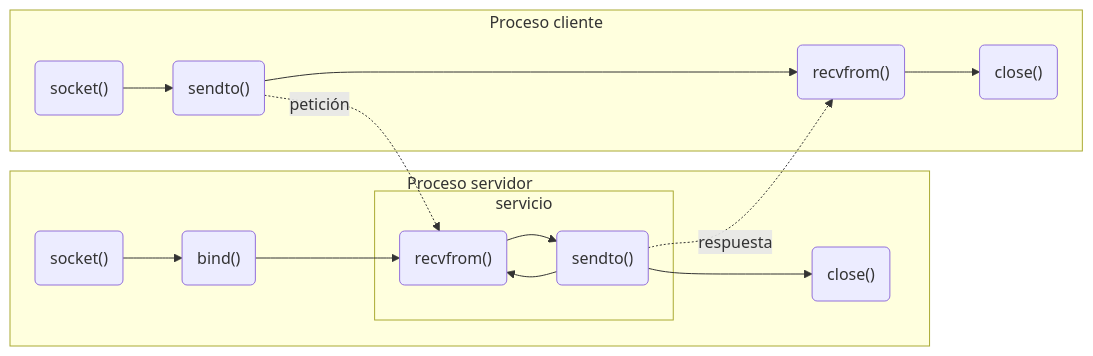
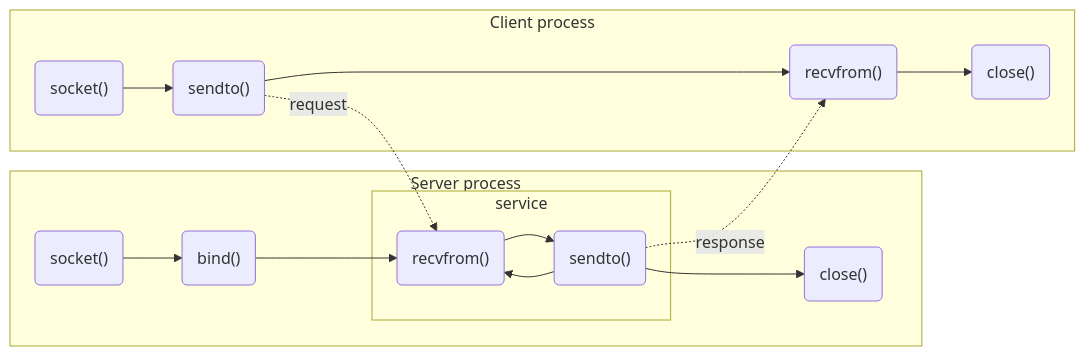
Before and after one commit to acaldero/uc3m_ds: the fifth of 5 diagrams in materials/topic-sockets/ssdd_sockets.md, drawn with Mermaid. The commit also changed other lines of this file, not shown here.

````diff
--- a/materials/topic-sockets/ssdd_sockets.md
+++ b/materials/topic-sockets/ssdd_sockets.md
@@ -1214,34 +1232,34 @@
 ```mermaid
 graph LR;
     CA("socket()") --> CC("sendto()")
     CC --> CD("recvfrom()")
     CD --> CE("close()")
 
     SA("socket()") --> SB("bind()")
     SB --> SE("recvfrom()")
     SE --> SF("sendto()")
     SF --> SG("close()")
     SF --> SE
 
-    CC -.->|petición| SE
-    SF -.->|respuesta| CD
+    CC -.->|request| SE
+    SF -.->|response| CD
 
-    subgraph "Proceso servidor"
+    subgraph "Server process"
     SA
     SB
     SE
     SF
     SG
-    subgraph "servicio"
+    subgraph "service"
       SE
       SF
     end
     end
 
-    subgraph "Proceso cliente"
+    subgraph "Client process"
     CA
     CC
     CD
     CE
     end
 ```
````
